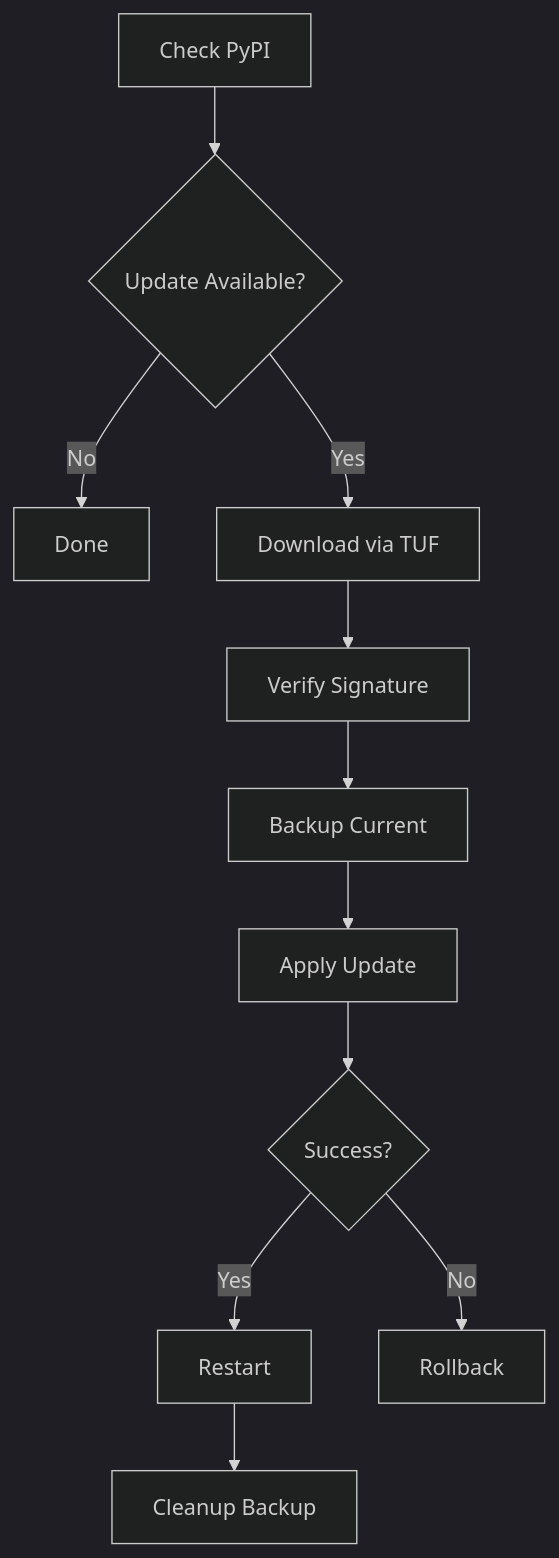
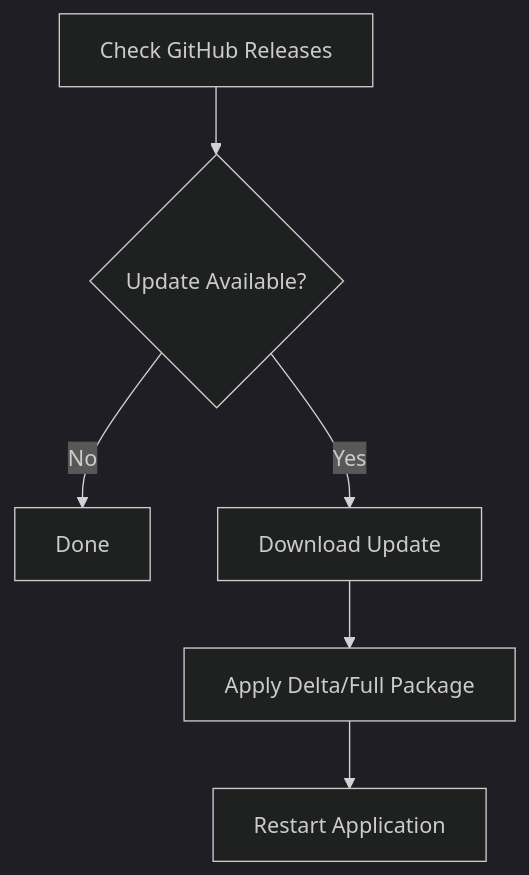
Before and after one commit to Behemyth/Synodic-Client: the diagram in docs/updates.md, drawn with Mermaid (dark theme). The commit also changed other lines of this file and 3 other files, not shown here.

````diff
--- a/docs/updates.md
+++ b/docs/updates.md
@@ -22,13 +17,8 @@
 ```mermaid
 flowchart TD
-    A[Check PyPI] --> B{Update Available?}
+    A[Check GitHub Releases] --> B{Update Available?}
     B -->|No| C[Done]
-    B -->|Yes| D[Download via TUF]
-    D --> E[Verify Signature]
-    E --> F[Backup Current]
-    F --> G[Apply Update]
-    G --> H{Success?}
-    H -->|Yes| I[Restart]
-    H -->|No| J[Rollback]
-    I --> K[Cleanup Backup]
+    B -->|Yes| D[Download Update]
+    D --> E[Apply Delta/Full Package]
+    E --> F[Restart Application]
 ```
````
